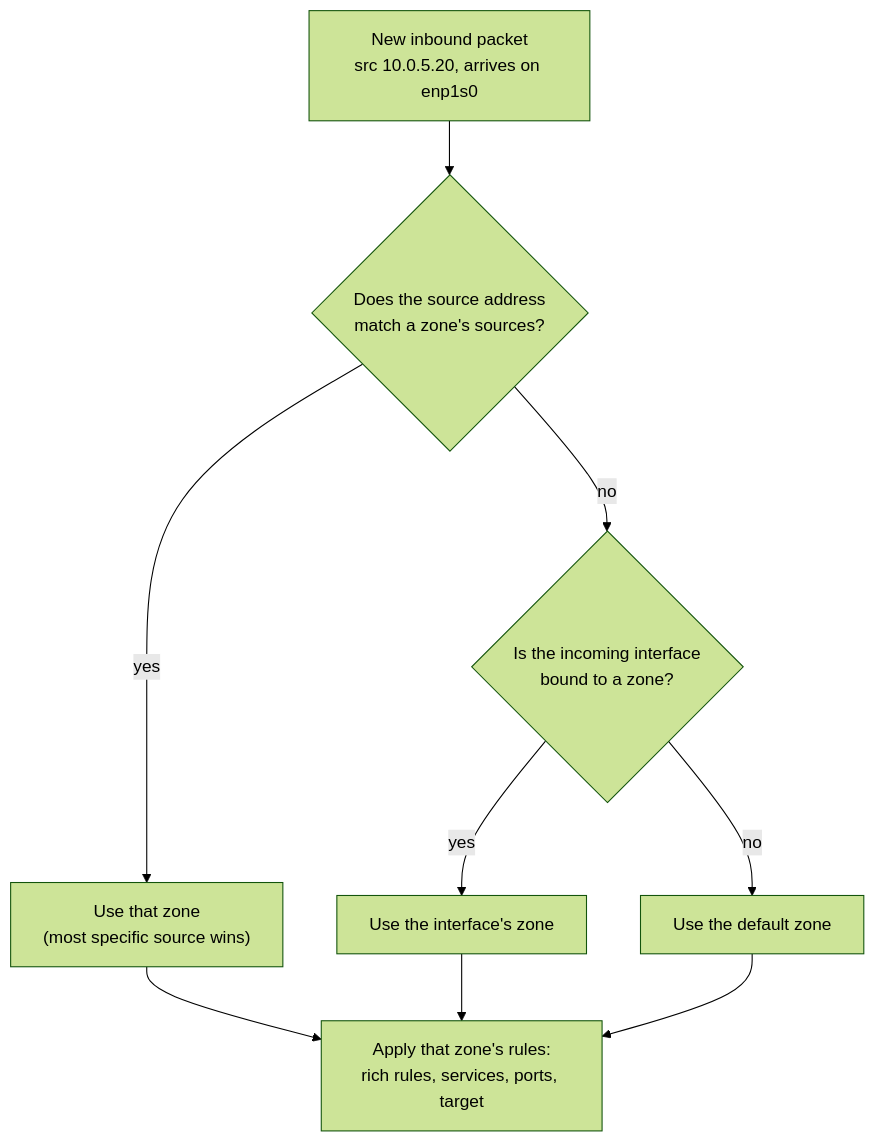
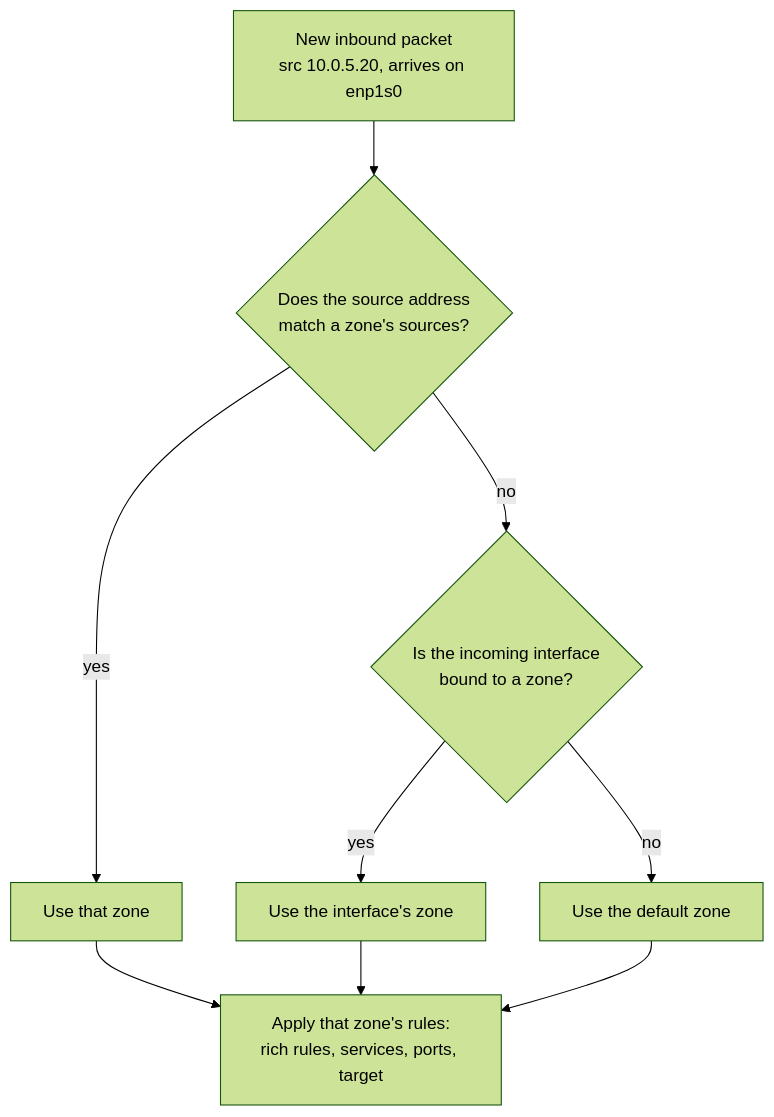
Before and after one commit to ssimpson89/LinuxTrainingCourse: the third of 5 diagrams in content/12-firewalld.md, drawn with Mermaid (forest theme). The commit also changed other lines of this file and 3 other files, not shown here.

````diff
--- a/content/12-firewalld.md
+++ b/content/12-firewalld.md
@@ -134,11 +134,11 @@
 ```mermaid
 flowchart TB
     P["New inbound packet<br/>src 10.0.5.20, arrives on enp1s0"] --> S{"Does the source address<br/>match a zone's sources?"}
-    S -- "yes" --> SZ["Use that zone<br/>(most specific source wins)"]
+    S -- "yes" --> SZ["Use that zone"]
     S -- "no" --> I{"Is the incoming interface<br/>bound to a zone?"}
     I -- "yes" --> IZ["Use the interface's zone"]
     I -- "no" --> DZ["Use the default zone"]
     SZ --> RULES["Apply that zone's rules:<br/>rich rules, services, ports, target"]
     IZ --> RULES
     DZ --> RULES
 ```
````
